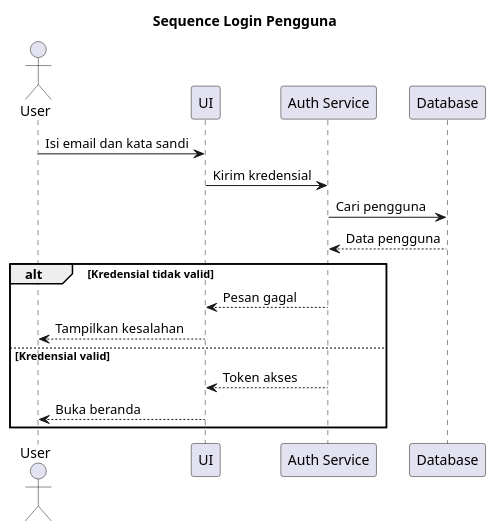
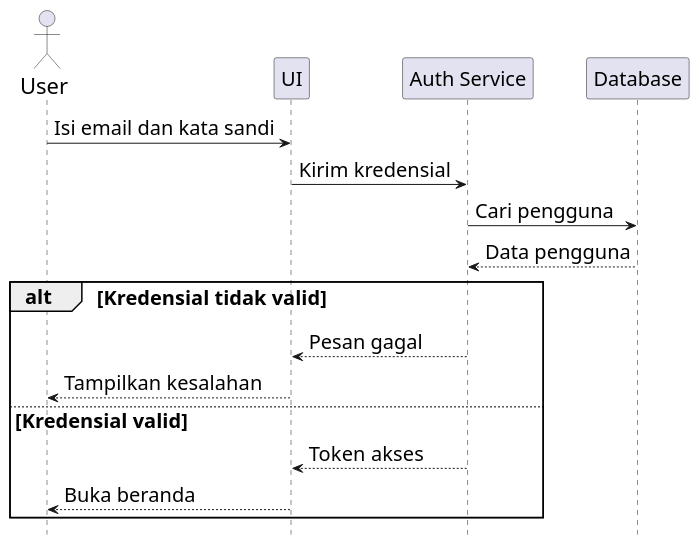
The diagram in examples/demo-deck/diagrams/05-sequence.puml (NioHast/autooffice), drawn with PlantUML before and after one commit. The commit also changed 139 other files, not shown here.

```diff
--- a/examples/demo-deck/diagrams/05-sequence.puml
+++ b/examples/demo-deck/diagrams/05-sequence.puml
@@ -1,21 +1,25 @@
 @startuml
-title Sequence Login Pengguna
+hide footbox
+skinparam defaultFontSize 20
+skinparam ActorFontSize 22
+skinparam ParticipantFontSize 20
+skinparam MessageFontSize 18
 
 actor "User" as U
 participant "UI" as UI
 participant "Auth Service" as A
 participant "Database" as DB
 
 U -> UI : Isi email dan kata sandi
 UI -> A : Kirim kredensial
 A -> DB : Cari pengguna
 DB --> A : Data pengguna
 
 alt Kredensial tidak valid
   A --> UI : Pesan gagal
   UI --> U : Tampilkan kesalahan
 else Kredensial valid
   A --> UI : Token akses
   UI --> U : Buka beranda
 end
 @enduml
```
